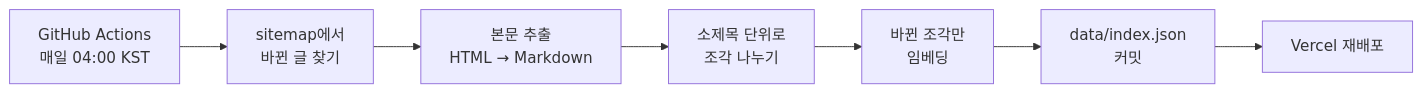
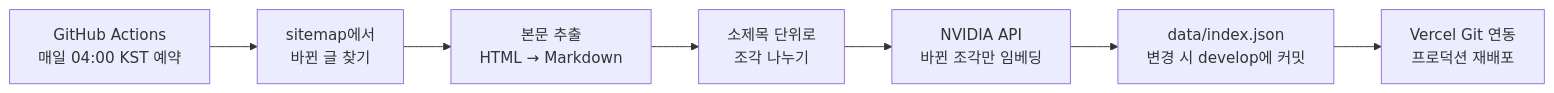
Before and after one commit to hyunolike/blog-agent: the second of 2 diagrams in README.md, drawn with Mermaid. The commit also changed other lines of this file and 2 other files, not shown here.

Commit message:
docs: 배포 구조도 추가 및 README 현행화 (#3)

````diff
--- a/README.md
+++ b/README.md
@@ -106,9 +123,9 @@
 ```mermaid
 flowchart LR
-    C[GitHub Actions<br>매일 04:00 KST] --> M[sitemap에서<br>바뀐 글 찾기]
+    C[GitHub Actions<br>매일 04:00 KST 예약] --> M[sitemap에서<br>바뀐 글 찾기]
     M --> X[본문 추출<br>HTML → Markdown]
     X --> K[소제목 단위로<br>조각 나누기]
-    K --> E[바뀐 조각만<br>임베딩]
-    E --> I[data/index.json<br>커밋]
-    I --> V[Vercel 재배포]
+    K --> E[NVIDIA API<br>바뀐 조각만 임베딩]
+    E --> I[data/index.json<br>변경 시 develop에 커밋]
+    I --> V[Vercel Git 연동<br>프로덕션 재배포]
 ```
````
